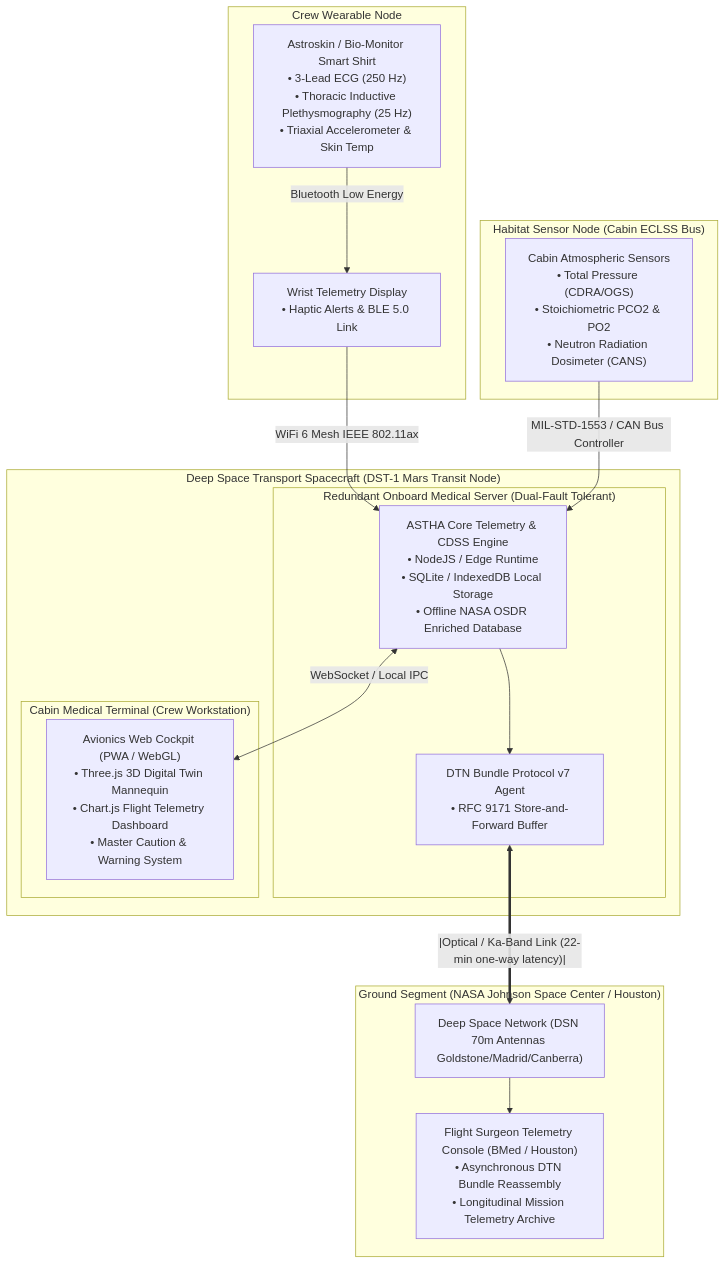
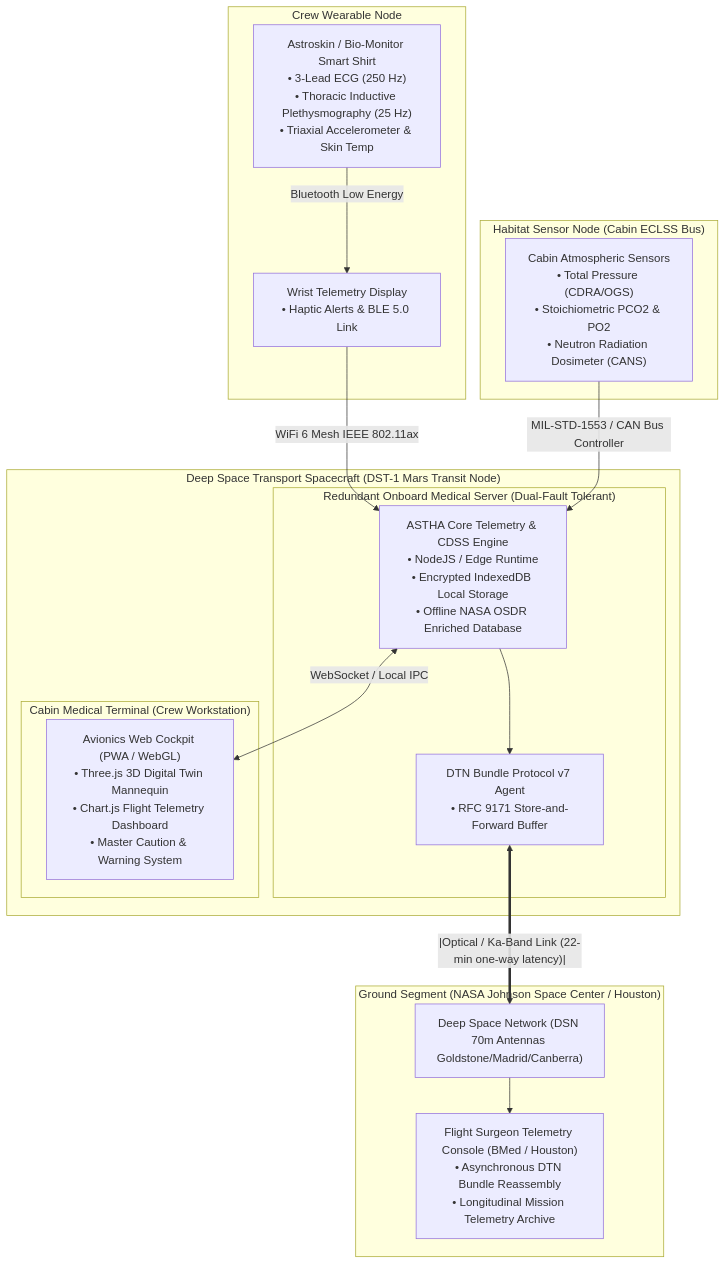
One commit to angelcontres/ASTHA-SpaceApps changed the sixth of 6 diagrams in docs/SDD – Software Design Description ASTHA.md. Above: the diagram before and after it, drawn with Mermaid. The commit also changed other lines of this file and 28 other files, not shown here.

````diff
--- a/docs/SDD – Software Design Description ASTHA.md
+++ b/docs/SDD – Software Design Description ASTHA.md
@@ -374,36 +374,36 @@
 ```mermaid
 flowchart TB
     subgraph Crew_Wearable ["Crew Wearable Node"]
         Astroskin["Astroskin / Bio-Monitor Smart Shirt<br>• 3-Lead ECG (250 Hz)<br>• Thoracic Inductive Plethysmography (25 Hz)<br>• Triaxial Accelerometer & Skin Temp"]
         SmartWrist["Wrist Telemetry Display<br>• Haptic Alerts & BLE 5.0 Link"]
         Astroskin -->|Bluetooth Low Energy| SmartWrist
     end
 
     subgraph Habitat_ECLSS ["Habitat Sensor Node (Cabin ECLSS Bus)"]
         AtmSensors["Cabin Atmospheric Sensors<br>• Total Pressure (CDRA/OGS)<br>• Stoichiometric PCO2 & PO2<br>• Neutron Radiation Dosimeter (CANS)"]
     end
 
     subgraph Deep_Space_Transport ["Deep Space Transport Spacecraft (DST-1 Mars Transit Node)"]
         subgraph Edge_Medical_Server ["Redundant Onboard Medical Server (Dual-Fault Tolerant)"]
-            ASTHA_Core["ASTHA Core Telemetry & CDSS Engine<br>• NodeJS / Edge Runtime<br>• SQLite / IndexedDB Local Storage<br>• Offline NASA OSDR Enriched Database"]
+            ASTHA_Core["ASTHA Core Telemetry & CDSS Engine<br>• NodeJS / Edge Runtime<br>• Encrypted IndexedDB Local Storage<br>• Offline NASA OSDR Enriched Database"]
             DTN_Daemon["DTN Bundle Protocol v7 Agent<br>• RFC 9171 Store-and-Forward Buffer"]
         end
 
         subgraph Crew_Terminal ["Cabin Medical Terminal (Crew Workstation)"]
             Browser["Avionics Web Cockpit (PWA / WebGL)<br>• Three.js 3D Digital Twin Mannequin<br>• Chart.js Flight Telemetry Dashboard<br>• Master Caution & Warning System"]
         end
     end
 
     subgraph Ground_Segment ["Ground Segment (NASA Johnson Space Center / Houston)"]
         DSN["Deep Space Network (DSN 70m Antennas Goldstone/Madrid/Canberra)"]
         FlightSurgeonConsole["Flight Surgeon Telemetry Console (BMed / Houston)<br>• Asynchronous DTN Bundle Reassembly<br>• Longitudinal Mission Telemetry Archive"]
     end
 
     SmartWrist -->|WiFi 6 Mesh IEEE 802.11ax| ASTHA_Core
     AtmSensors -->|MIL-STD-1553 / CAN Bus Controller| ASTHA_Core
     ASTHA_Core <-->|WebSocket / Local IPC| Browser
     ASTHA_Core --> DTN_Daemon
 
     DTN_Daemon <==|Optical / Ka-Band Link (22-min one-way latency)|==> DSN
     DSN --> FlightSurgeonConsole
 ```
````
